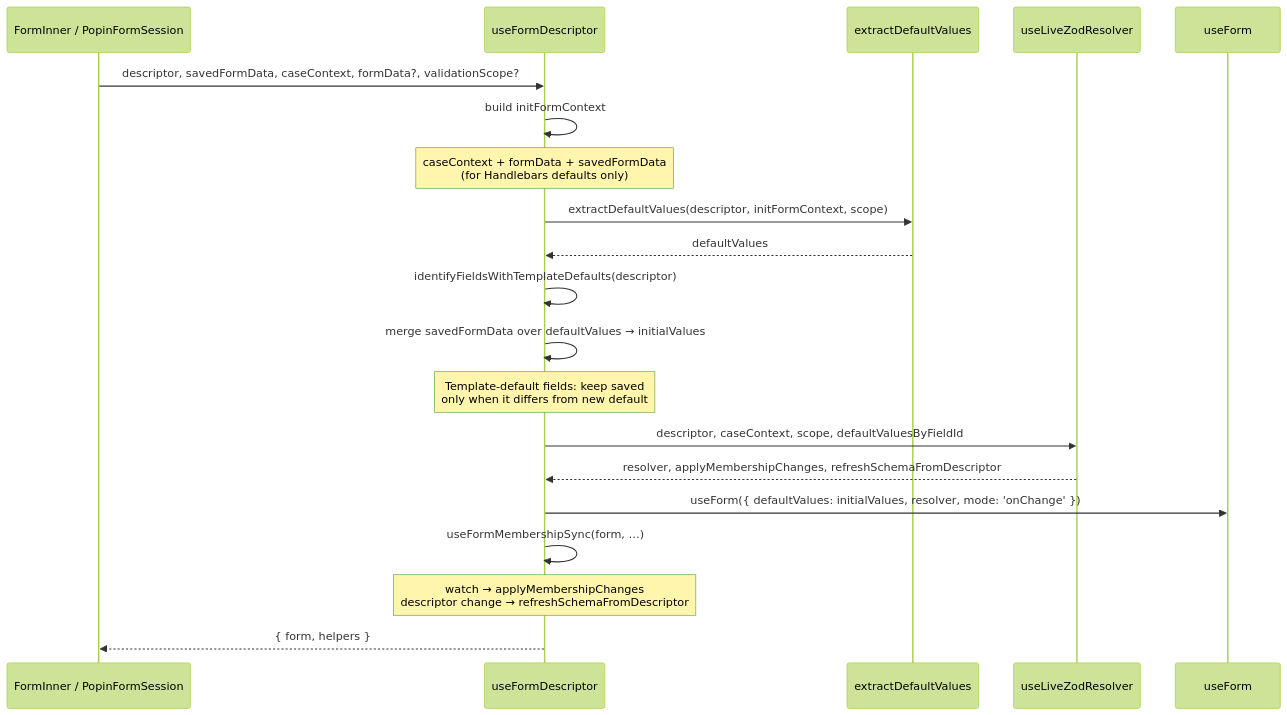
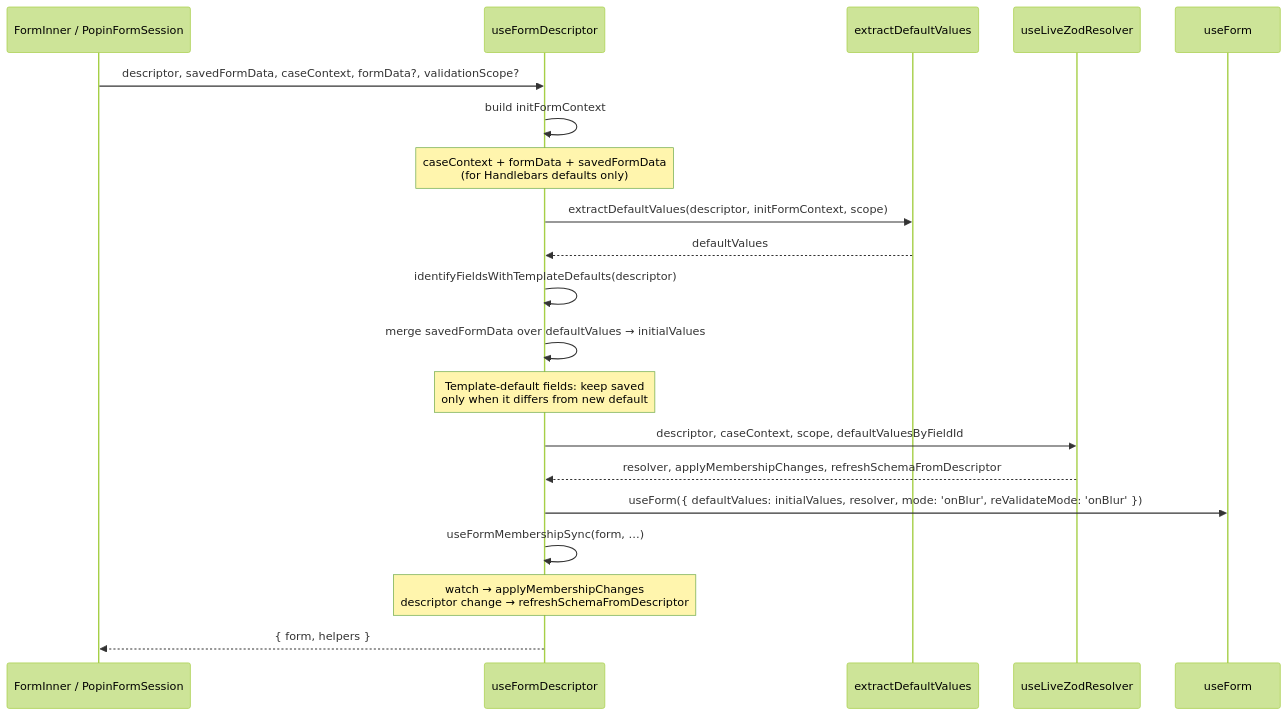
The third of 6 diagrams in docs/use-form-descriptor.md (heditr/form-gen), drawn with Mermaid (forest theme) before and after one commit. The commit also changed other lines of this file and 16 other files, not shown here.

First line of the commit message:
feat(form): validate and draft on blur

````diff
--- a/docs/use-form-descriptor.md
+++ b/docs/use-form-descriptor.md
@@ -174,27 +174,27 @@
 ```mermaid
 sequenceDiagram
   participant Caller as FormInner / PopinFormSession
   participant Hook as useFormDescriptor
   participant Ext as extractDefaultValues
   participant LZR as useLiveZodResolver
   participant RHF as useForm
 
   Caller->>Hook: descriptor, savedFormData, caseContext, formData?, validationScope?
   Hook->>Hook: build initFormContext
   Note over Hook: caseContext + formData + savedFormData<br/>(for Handlebars defaults only)
 
   Hook->>Ext: extractDefaultValues(descriptor, initFormContext, scope)
   Ext-->>Hook: defaultValues
 
   Hook->>Hook: identifyFieldsWithTemplateDefaults(descriptor)
   Hook->>Hook: merge savedFormData over defaultValues → initialValues
   Note over Hook: Template-default fields: keep saved<br/>only when it differs from new default
 
   Hook->>LZR: descriptor, caseContext, scope, defaultValuesByFieldId
   LZR-->>Hook: resolver, applyMembershipChanges, refreshSchemaFromDescriptor
 
-  Hook->>RHF: useForm({ defaultValues: initialValues, resolver, mode: 'onChange' })
+  Hook->>RHF: useForm({ defaultValues: initialValues, resolver, mode: 'onBlur', reValidateMode: 'onBlur' })
   Hook->>Hook: useFormMembershipSync(form, …)
   Note over Hook: watch → applyMembershipChanges<br/>descriptor change → refreshSchemaFromDescriptor
   Hook-->>Caller: { form, helpers }
 ```
````
